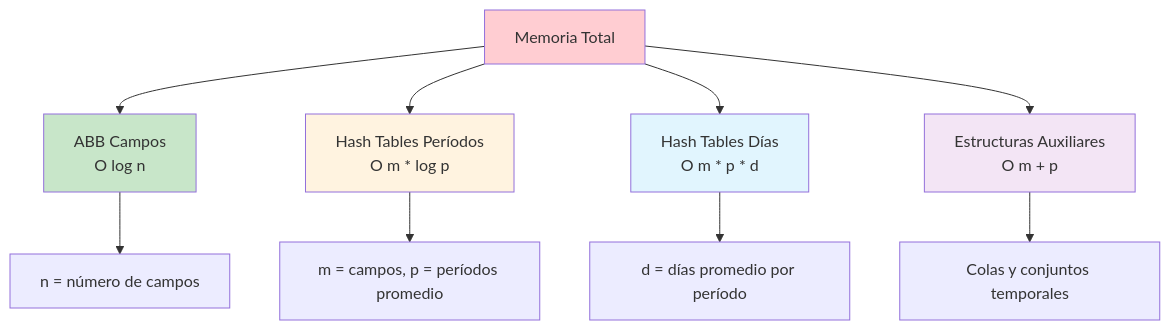
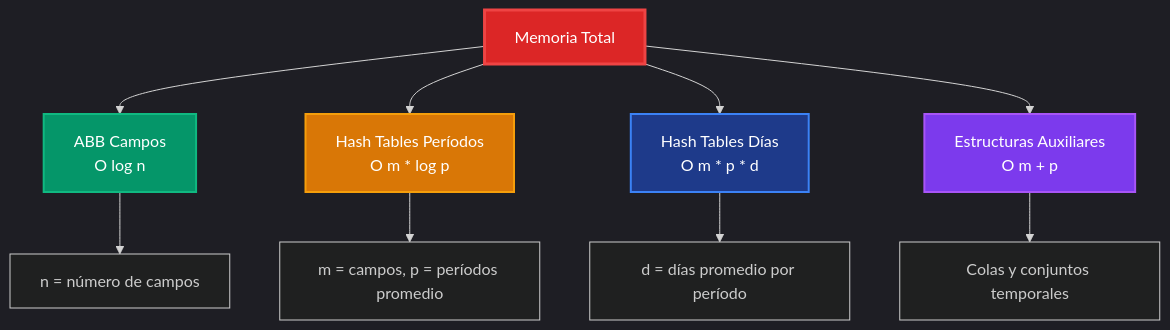
Before and after one commit to pybalt/algo2: diagram 19 of 19 in tp-final/README_IMPLEMENTACIONES.md, drawn with Mermaid. The commit also changed other lines of this file, not shown here.

Commit message:
Refine README_IMPLEMENTACIONES.md by enhancing dark mode support for mermaid diagrams and improving style consistency across various sections, ensuring better visual clarity.

````diff
--- a/tp-final/README_IMPLEMENTACIONES.md
+++ b/tp-final/README_IMPLEMENTACIONES.md
@@ -413,18 +471,19 @@
 ```mermaid
+%%{init: {'theme':'dark'}}%%
 graph TB
     A[Memoria Total] --> B[ABB Campos<br/>O log n]
     A --> C[Hash Tables Períodos<br/>O m * log p]
     A --> D[Hash Tables Días<br/>O m * p * d]
     A --> E[Estructuras Auxiliares<br/>O m + p]
     
     B --> F[n = número de campos]
     C --> G[m = campos, p = períodos promedio]
     D --> H[d = días promedio por período]
     E --> I[Colas y conjuntos temporales]
     
-    style A fill:#ffcdd2
-    style B fill:#c8e6c9
-    style C fill:#fff3e0
-    style D fill:#e1f5fe
-    style E fill:#f3e5f5
+    style A fill:#dc2626,stroke:#ef4444,stroke-width:3px,color:#fff
+    style B fill:#059669,stroke:#10b981,stroke-width:2px,color:#fff
+    style C fill:#d97706,stroke:#f59e0b,stroke-width:2px,color:#fff
+    style D fill:#1e3a8a,stroke:#3b82f6,stroke-width:2px,color:#fff
+    style E fill:#7c3aed,stroke:#a855f7,stroke-width:2px,color:#fff
 ```
````
